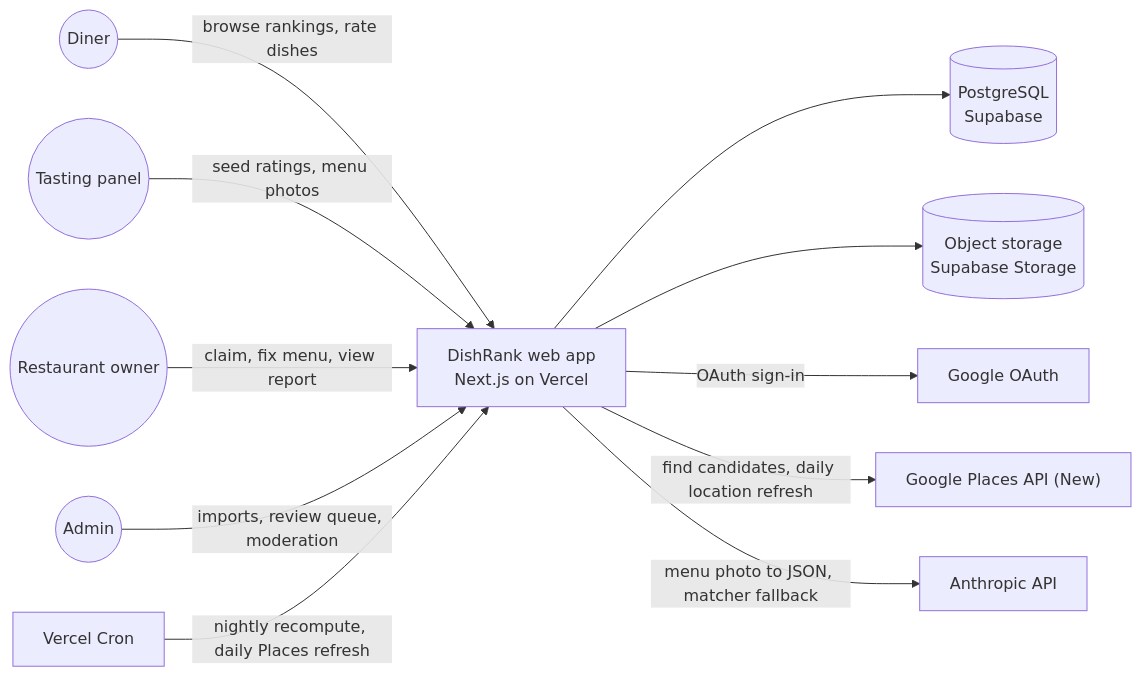
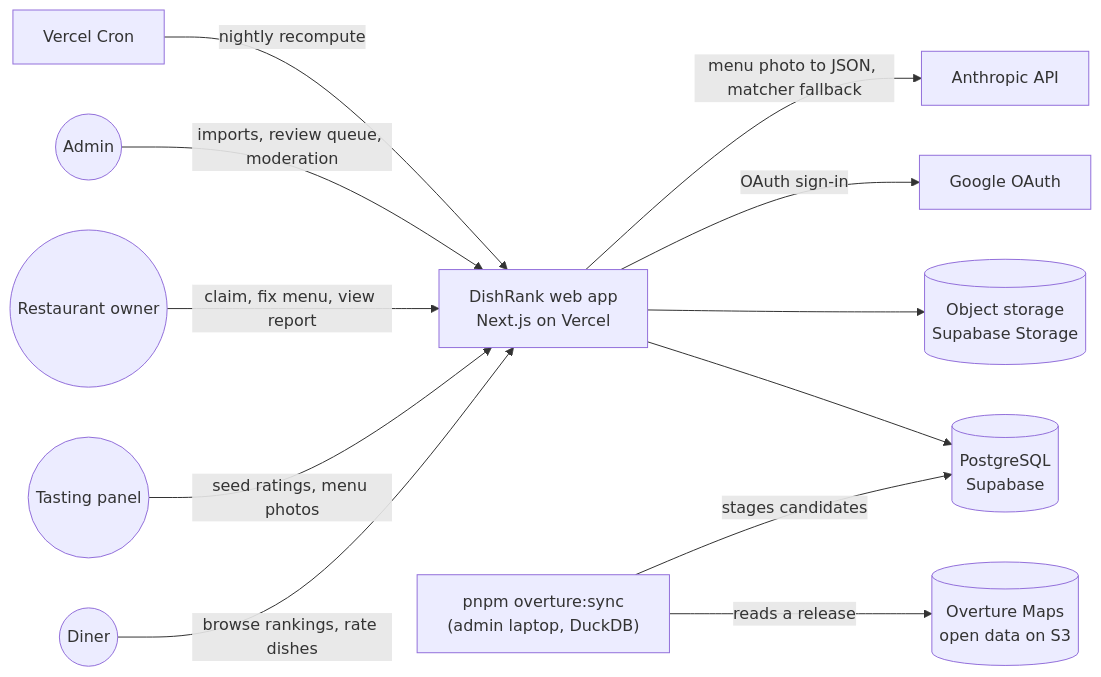
One commit to JawadSarfraz/dishrank changed the diagram in docs/diagrams/system-context.mmd. Above: the diagram before and after it, drawn with Mermaid. The commit also changed 19 other files, not shown here.

```diff
--- a/docs/diagrams/system-context.mmd
+++ b/docs/diagrams/system-context.mmd
@@ -1,11 +1,12 @@
 flowchart LR
   Diner((Diner)) -->|browse rankings, rate dishes| App["DishRank web app<br/>Next.js on Vercel"]
   Panel((Tasting panel)) -->|seed ratings, menu photos| App
   Owner((Restaurant owner)) -->|claim, fix menu, view report| App
   Admin((Admin)) -->|imports, review queue, moderation| App
   App --> DB[("PostgreSQL<br/>Supabase")]
   App --> Store[("Object storage<br/>Supabase Storage")]
   App -->|OAuth sign-in| GAuth["Google OAuth"]
-  App -->|find candidates, daily location refresh| Places["Google Places API (New)"]
   App -->|menu photo to JSON, matcher fallback| LLM["Anthropic API"]
-  Cron["Vercel Cron"] -->|nightly recompute, daily Places refresh| App
+  Sync["pnpm overture:sync<br/>(admin laptop, DuckDB)"] -->|reads a release| Overture[("Overture Maps<br/>open data on S3")]
+  Sync -->|stages candidates| DB
+  Cron["Vercel Cron"] -->|nightly recompute| App
```
